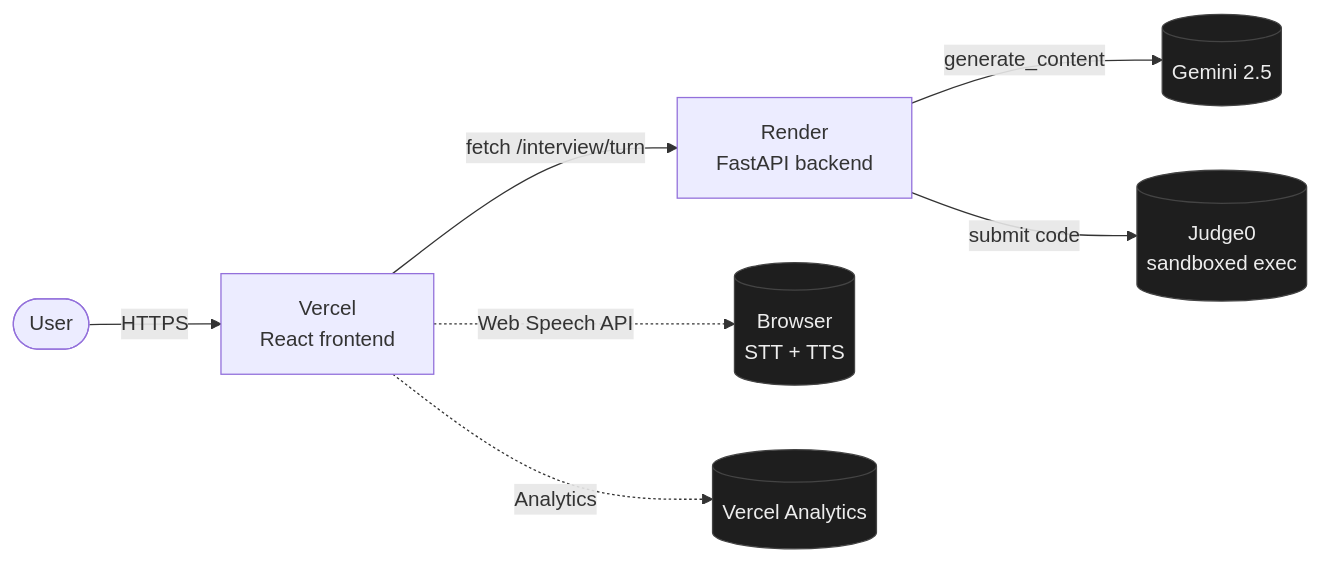
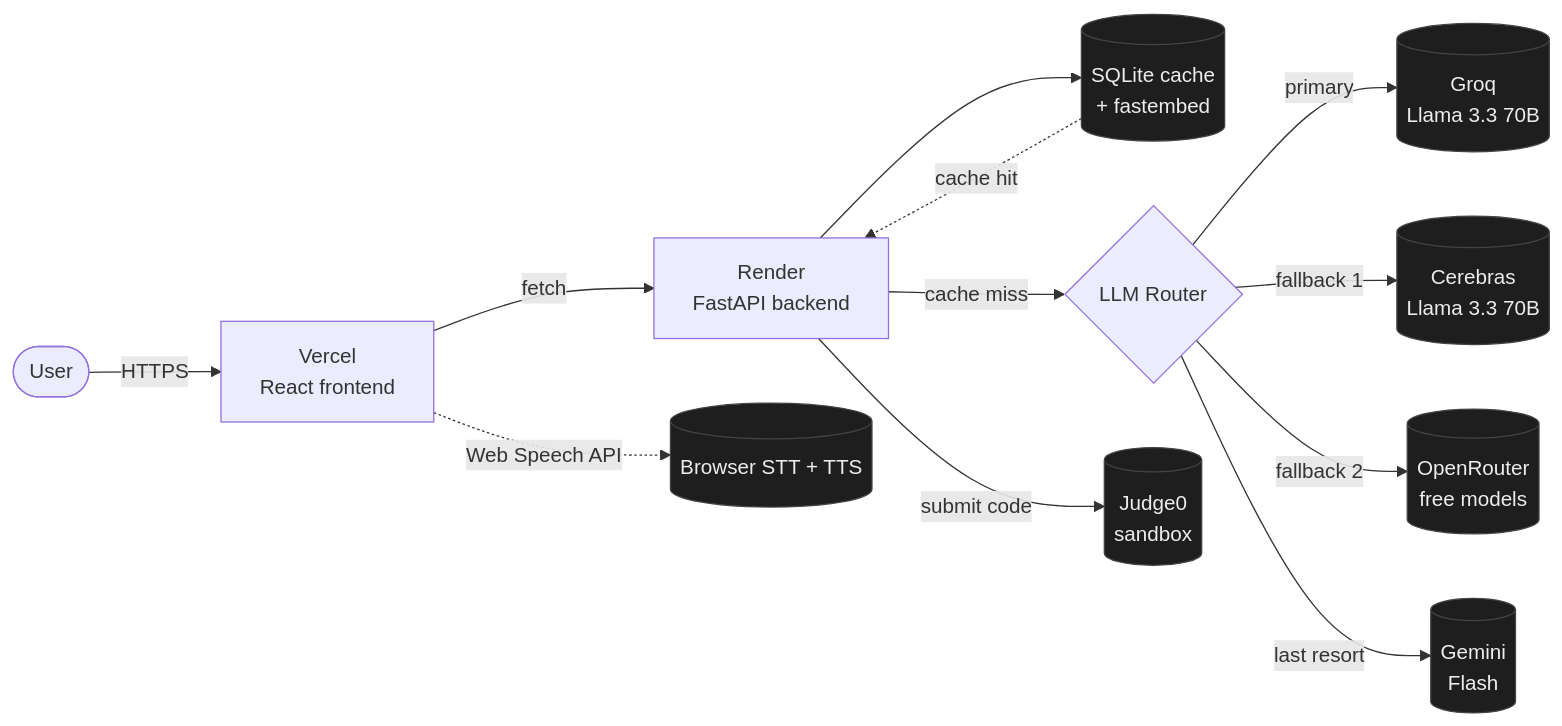
One commit to bekiTil/ai-mock-interview changed the diagram in README.md. Above: the diagram before and after it, drawn with Mermaid. The commit also changed other lines of this file and 4 other files, not shown here.

````diff
--- a/README.md
+++ b/README.md
@@ -53,12 +57,17 @@
 ```mermaid
 flowchart LR
     User([User]) -->|HTTPS| Vercel[Vercel<br/>React frontend]
-    Vercel -->|fetch /interview/turn| Render[Render<br/>FastAPI backend]
-    Render -->|generate_content| Gemini[(Gemini 2.5)]
-    Render -->|submit code| Judge0[(Judge0<br/>sandboxed exec)]
-    Vercel -.->|Web Speech API| Browser[(Browser<br/>STT + TTS)]
-    Vercel -.->|Analytics| VercelAnalytics[(Vercel Analytics)]
+    Vercel -->|fetch| Render[Render<br/>FastAPI backend]
+    Render --> Cache[(SQLite cache<br/>+ fastembed)]
+    Cache -.cache hit.-> Render
+    Render -->|cache miss| Router{LLM Router}
+    Router -->|primary| Groq[(Groq<br/>Llama 3.3 70B)]
+    Router -->|fallback 1| Cerebras[(Cerebras<br/>Llama 3.3 70B)]
+    Router -->|fallback 2| OpenRouter[(OpenRouter<br/>free models)]
+    Router -->|last resort| Gemini[(Gemini<br/>Flash)]
+    Render -->|submit code| Judge0[(Judge0<br/>sandbox)]
+    Vercel -.->|Web Speech API| Browser[(Browser STT + TTS)]
 
     classDef external fill:#1e1e1e,stroke:#444,color:#ededed;
-    class Gemini,Judge0,Browser,VercelAnalytics external;
+    class Groq,Cerebras,OpenRouter,Gemini,Judge0,Browser,Cache external;
 ```
````
